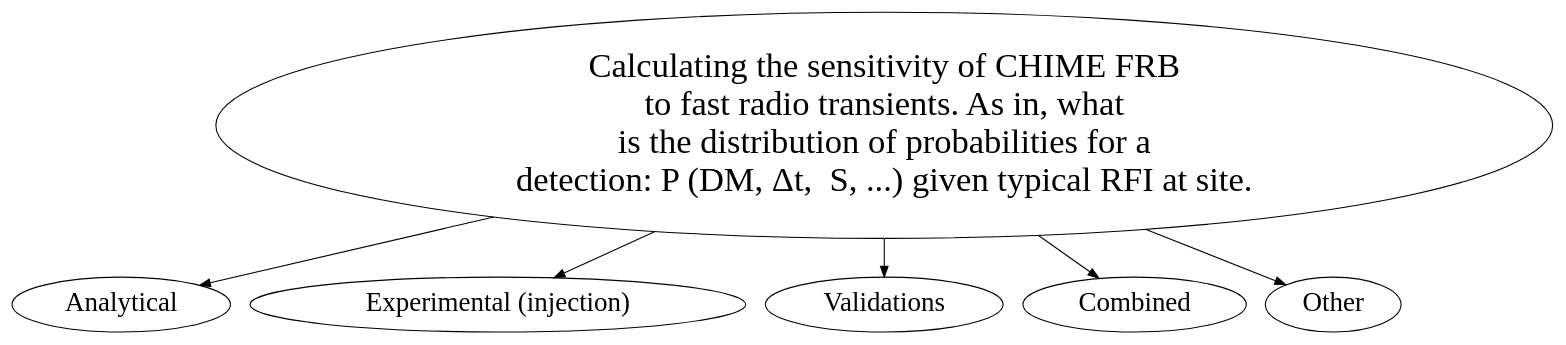
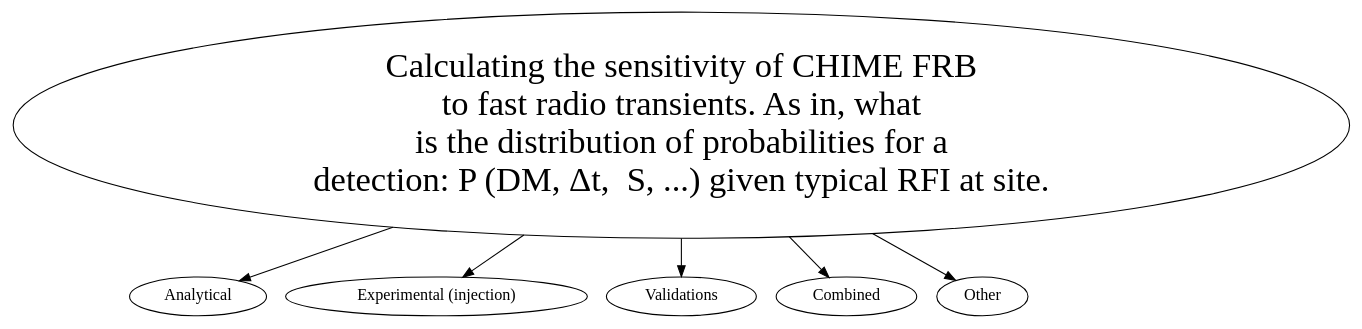
Before and after one commit to MilesCranmer/thesis_diagram: the diagram in head.dot, drawn with Graphviz. The commit also changed 3 other files, not shown here.

```diff
--- a/head.dot
+++ b/head.dot
@@ -1,16 +1,16 @@
 digraph mygraph {
 //layout="sfdp";
 overlap="prism";
 splines="true";
 A [fontsize=32 label="Calculating the sensitivity of CHIME FRB\nto fast radio transients. As in, what\nis the distribution of probabilities for a\ndetection: P (DM, Δt,  S, ...) given typical RFI at site."];
-B1 [fontsize=25 label="Analytical"];
-B2 [fontsize=25 label="Experimental (injection)"];
-B3 [fontsize=25 label="Validations"];
-B4 [fontsize=25 label="Combined"];
-B5 [fontsize=25 label="Other"];
+B1 [fontsize=15 label="Analytical"];
+B2 [fontsize=15 label="Experimental (injection)"];
+B3 [fontsize=15 label="Validations"];
+B4 [fontsize=15 label="Combined"];
+B5 [fontsize=15 label="Other"];
 A -> B1 ;
 A -> B2 ;
 A -> B3 ;
 A -> B4 ;
 A -> B5 ;
 }
```
